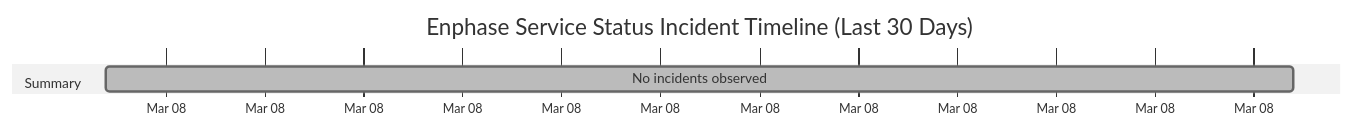
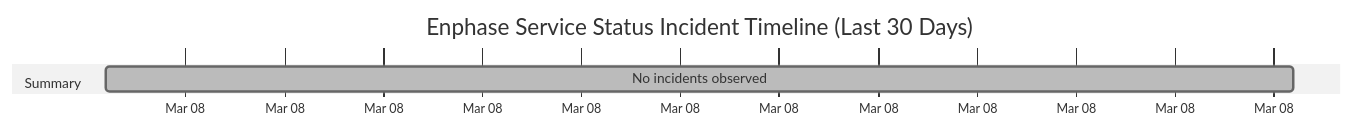
The diagram in wiki/Service-Status-History.md (barneyonline/ha-enphase-ev-charger), drawn with Mermaid (neutral theme) before and after one commit. The commit also changed other lines of this file and 3 other files, not shown here.

````diff
--- a/wiki/Service-Status-History.md
+++ b/wiki/Service-Status-History.md
@@ -14,8 +14,8 @@
 ```mermaid
 gantt
     title Enphase Service Status Incident Timeline (Last 30 Days)
     dateFormat  YYYY-MM-DDTHH:mm:ss
     axisFormat  %b %d
     section Summary
-    No incidents observed :done, 2026-03-08T21:14:37, 1m
+    No incidents observed :done, 2026-03-08T22:14:26, 1m
 ```
````
